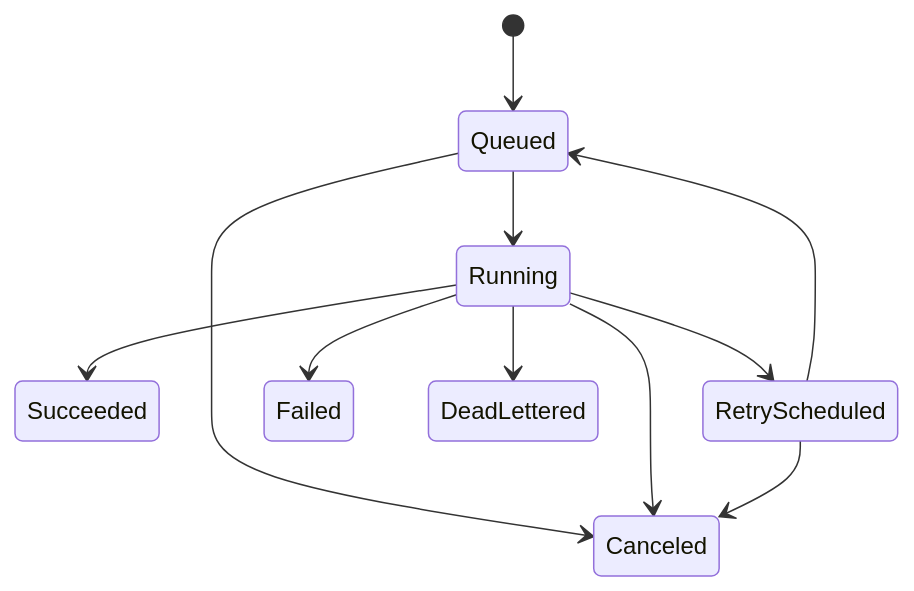
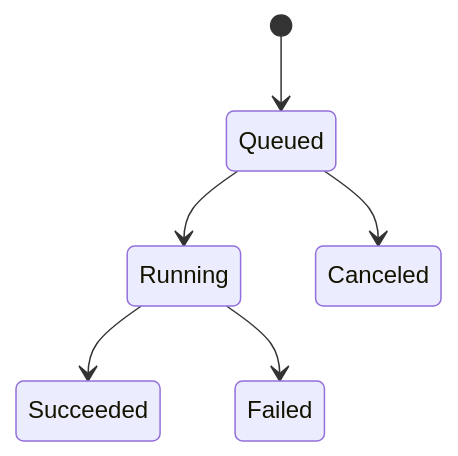
The second of 2 diagrams in README.md (Nuryanfa/TaskForge), drawn with Mermaid before and after one commit. The commit also changed other lines of this file and 43 other files, not shown here.

````diff
--- a/README.md
+++ b/README.md
@@ -120,13 +28,8 @@
 ```mermaid
 stateDiagram-v2
     [*] --> Queued
     Queued --> Running
     Queued --> Canceled
     Running --> Succeeded
-    Running --> RetryScheduled
     Running --> Failed
-    Running --> DeadLettered
-    Running --> Canceled
-    RetryScheduled --> Queued
-    RetryScheduled --> Canceled
 ```
````
